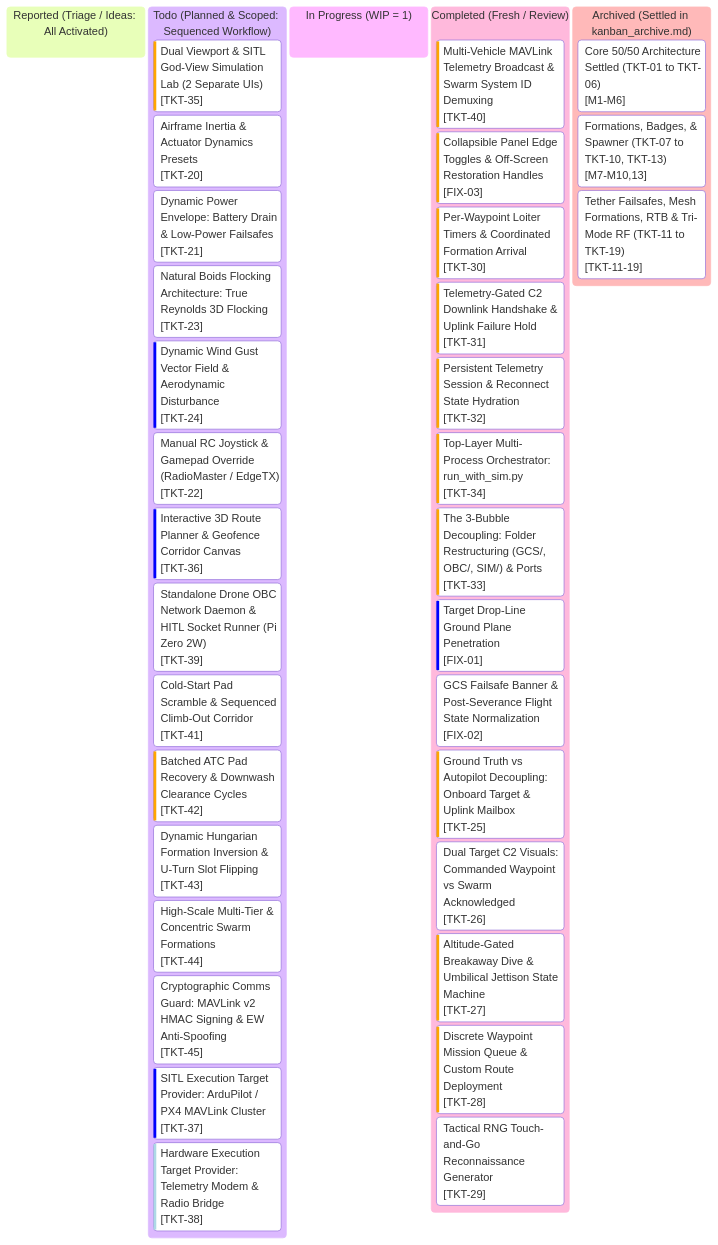
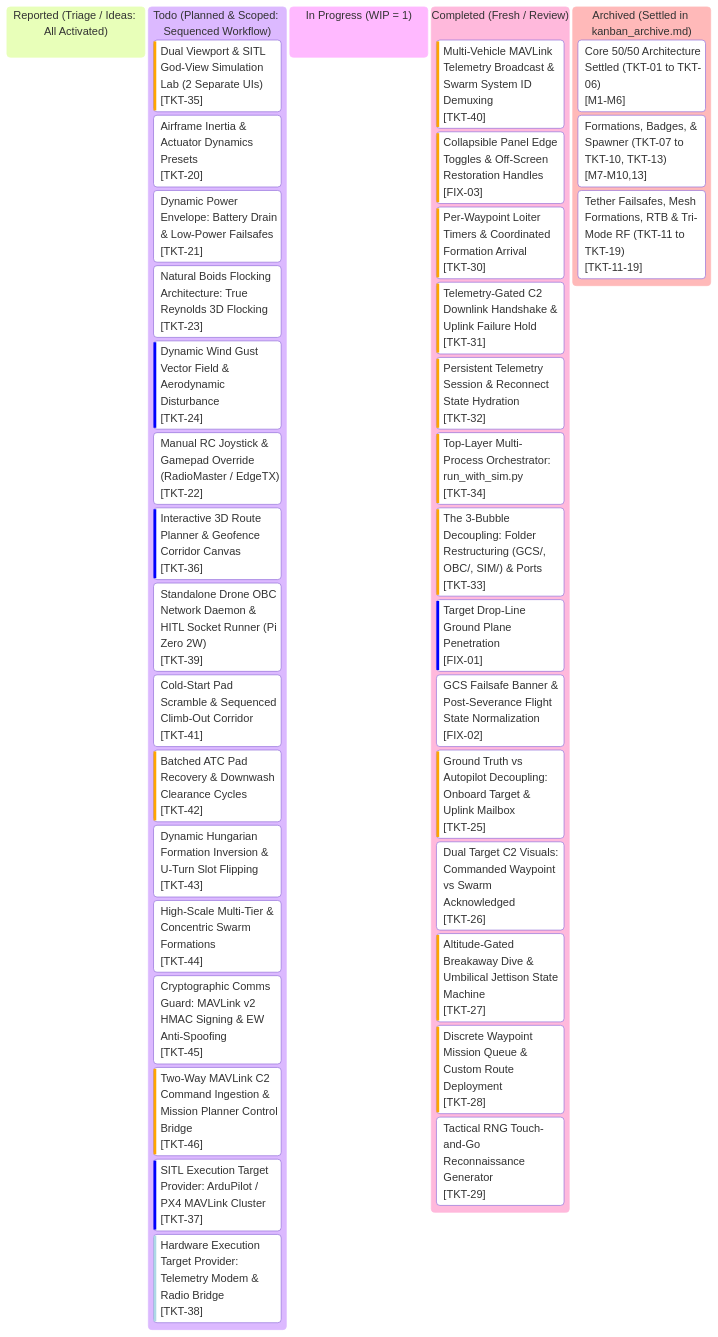
One commit to AlitheiaDeus/SwarmTech_v3-Uprising changed the diagram in kanban.md. Above: the diagram before and after it, drawn with Mermaid. The commit also changed other lines of this file, not shown here.

Commit message:
docs(kanban): scope [TKT-46] two-way MAVLink command ingestion

````diff
--- a/kanban.md
+++ b/kanban.md
@@ -10,60 +10,61 @@
 ```mermaid
 %%{init: {
   'theme': 'base',
   'themeVariables': {
     'primaryColor': '#0d2235',
     'primaryTextColor': '#d4f4ff',
     'primaryBorderColor': '#00f0ff',
     'lineColor': '#00f0ff',
     'background': '#061019',
     'mainBkg': '#0a1926',
     'secondaryColor': '#081420',
     'secondaryTextColor': '#5a7e96',
     'secondaryBorderColor': '#134e6f',
     'tertiaryColor': '#0e263d',
     'tertiaryTextColor': '#00ffaa',
     'tertiaryBorderColor': '#00ffaa',
     'clusterBkg': '#081420',
     'clusterBorder': '#134e6f',
     'fontFamily': "'JetBrains Mono', 'Courier New', monospace"
   }
 }}%%
 kanban
   reported["Reported (Triage / Ideas: All Activated)"]
   todo["Todo (Planned & Scoped: Sequenced Workflow)"]
     tkt35["Dual Viewport & SITL God-View Simulation Lab (2 Separate UIs)"]@{ ticket: '[TKT-35]', priority: 'High' }
     tkt20["Airframe Inertia & Actuator Dynamics Presets"]@{ ticket: '[TKT-20]', priority: 'Medium' }
     tkt21["Dynamic Power Envelope: Battery Drain & Low-Power Failsafes"]@{ ticket: '[TKT-21]', priority: 'Medium' }
     tkt23["Natural Boids Flocking Architecture: True Reynolds 3D Flocking"]@{ ticket: '[TKT-23]', priority: 'Medium' }
     tkt24["Dynamic Wind Gust Vector Field & Aerodynamic Disturbance"]@{ ticket: '[TKT-24]', priority: 'Low' }
     tkt22["Manual RC Joystick & Gamepad Override (RadioMaster / EdgeTX)"]@{ ticket: '[TKT-22]', priority: 'Medium' }
     tkt36["Interactive 3D Route Planner & Geofence Corridor Canvas"]@{ ticket: '[TKT-36]', priority: 'Low' }
     tkt39["Standalone Drone OBC Network Daemon & HITL Socket Runner (Pi Zero 2W)"]@{ ticket: '[TKT-39]', priority: 'Medium' }
     tkt41["Cold-Start Pad Scramble & Sequenced Climb-Out Corridor"]@{ ticket: '[TKT-41]', priority: 'Medium' }
     tkt42["Batched ATC Pad Recovery & Downwash Clearance Cycles"]@{ ticket: '[TKT-42]', priority: 'High' }
     tkt43["Dynamic Hungarian Formation Inversion & U-Turn Slot Flipping"]@{ ticket: '[TKT-43]', priority: 'Medium' }
     tkt44["High-Scale Multi-Tier & Concentric Swarm Formations"]@{ ticket: '[TKT-44]', priority: 'Medium' }
     tkt45["Cryptographic Comms Guard: MAVLink v2 HMAC Signing & EW Anti-Spoofing"]@{ ticket: '[TKT-45]', priority: 'Medium' }
+    tkt46["Two-Way MAVLink C2 Command Ingestion & Mission Planner Control Bridge"]@{ ticket: '[TKT-46]', priority: 'High' }
     tkt37["SITL Execution Target Provider: ArduPilot / PX4 MAVLink Cluster"]@{ ticket: '[TKT-37]', priority: 'Low' }
     tkt38["Hardware Execution Target Provider: Telemetry Modem & Radio Bridge"]@{ ticket: '[TKT-38]', priority: 'Very Low' }
   in_progress["In Progress (WIP = 1)"]
   completed["Completed (Fresh / Review)"]
     tkt40["Multi-Vehicle MAVLink Telemetry Broadcast & Swarm System ID Demuxing"]@{ ticket: '[TKT-40]', priority: 'High' }
     fix03["Collapsible Panel Edge Toggles & Off-Screen Restoration Handles"]@{ ticket: '[FIX-03]', priority: 'High' }
     tkt30["Per-Waypoint Loiter Timers & Coordinated Formation Arrival"]@{ ticket: '[TKT-30]', priority: 'High' }
     tkt31["Telemetry-Gated C2 Downlink Handshake & Uplink Failure Hold"]@{ ticket: '[TKT-31]', priority: 'High' }
     tkt32["Persistent Telemetry Session & Reconnect State Hydration"]@{ ticket: '[TKT-32]', priority: 'High' }
     tkt34["Top-Layer Multi-Process Orchestrator: run_with_sim.py"]@{ ticket: '[TKT-34]', priority: 'High' }
     tkt33["The 3-Bubble Decoupling: Folder Restructuring (GCS/, OBC/, SIM/) & Ports"]@{ ticket: '[TKT-33]', priority: 'High' }
     fix01["Target Drop-Line Ground Plane Penetration"]@{ ticket: '[FIX-01]', priority: 'Low' }
     fix02["GCS Failsafe Banner & Post-Severance Flight State Normalization"]@{ ticket: '[FIX-02]', priority: 'Medium' }
     tkt25["Ground Truth vs Autopilot Decoupling: Onboard Target & Uplink Mailbox"]@{ ticket: '[TKT-25]', priority: 'High' }
     tkt26["Dual Target C2 Visuals: Commanded Waypoint vs Swarm Acknowledged"]@{ ticket: '[TKT-26]', priority: 'Medium' }
     tkt27["Altitude-Gated Breakaway Dive & Umbilical Jettison State Machine"]@{ ticket: '[TKT-27]', priority: 'High' }
     tkt28["Discrete Waypoint Mission Queue & Custom Route Deployment"]@{ ticket: '[TKT-28]', priority: 'High' }
     tkt29["Tactical RNG Touch-and-Go Reconnaissance Generator"]@{ ticket: '[TKT-29]', priority: 'Medium' }
   archived["Archived (Settled in kanban_archive.md)"]
     arch_m1_6["Core 50/50 Architecture Settled (TKT-01 to TKT-06)"]@{ ticket: '[M1-M6]' }
     arch_m7_10_13["Formations, Badges, & Spawner (TKT-07 to TKT-10, TKT-13)"]@{ ticket: '[M7-M10,13]' }
     arch_m11_19["Tether Failsafes, Mesh Formations, RTB & Tri-Mode RF (TKT-11 to TKT-19)"]@{ ticket: '[TKT-11-19]' }
 ```
````
